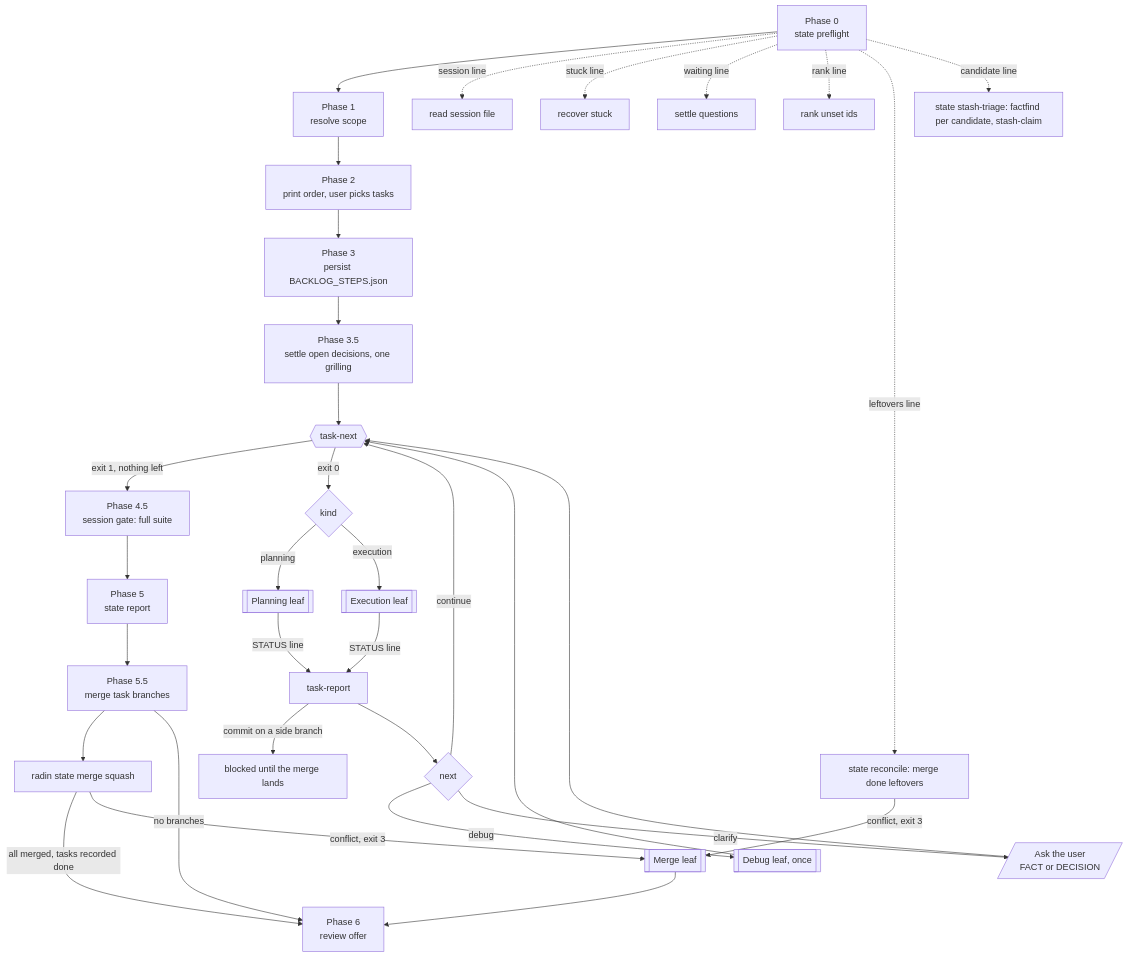
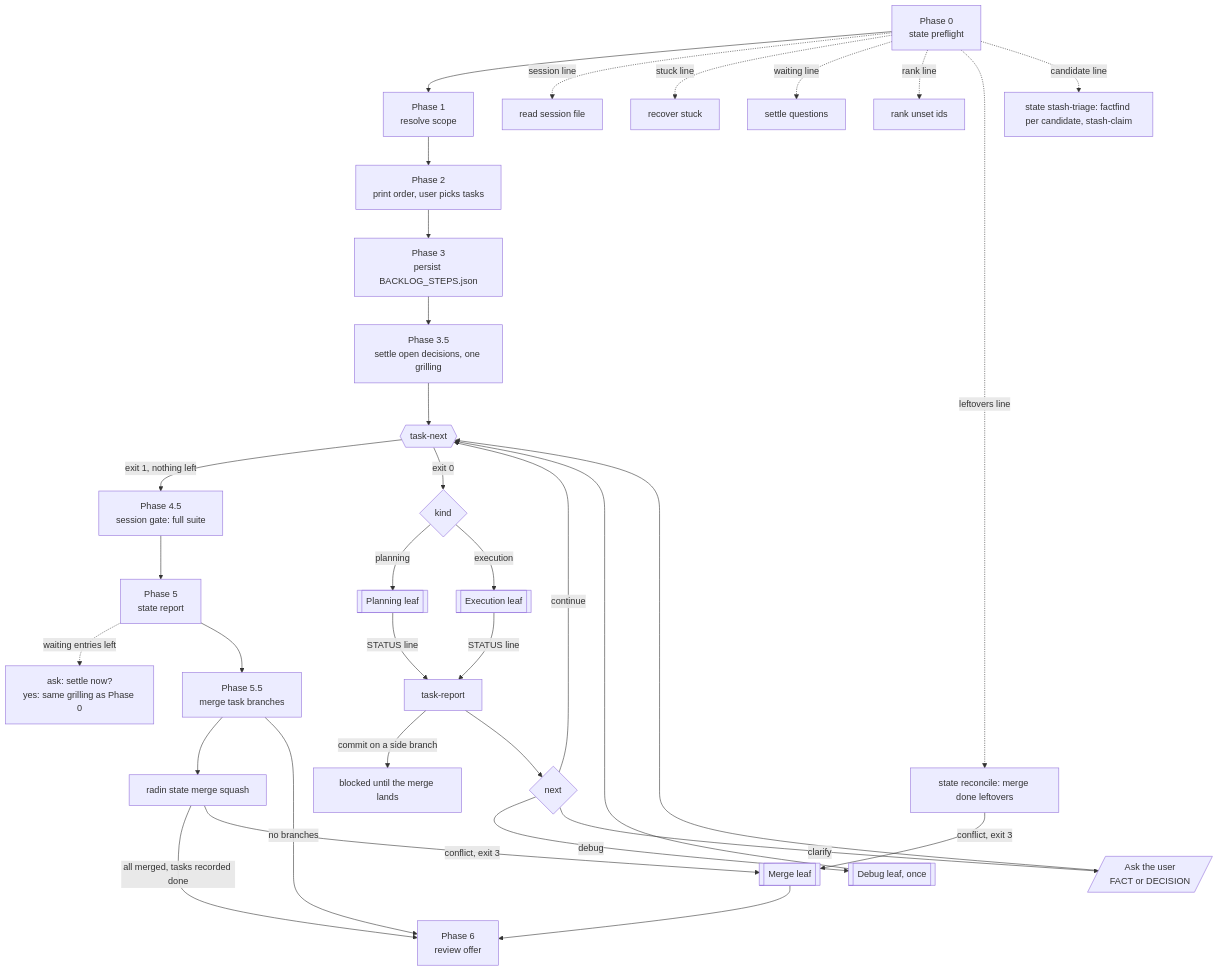
The diagram in docs/lifecycle/router-loop.mmd (shortcuts/radin), drawn with Mermaid before and after one commit. The commit also changed 4 other files, not shown here.

First line of the commit message:
feat(run): offer to settle waiting decisions at the end of a run

```diff
--- a/docs/lifecycle/router-loop.mmd
+++ b/docs/lifecycle/router-loop.mmd
@@ -1,33 +1,34 @@
 flowchart TD
   p0[Phase 0<br/>state preflight] --> p1[Phase 1<br/>resolve scope]
   p0 -. session line .-> note1[read session file]
   p0 -. stuck line .-> note2[recover stuck]
   p0 -. waiting line .-> note3[settle questions]
   p0 -. rank line .-> note4[rank unset ids]
   p0 -. leftovers line .-> note5[state reconcile: merge done leftovers]
   note5 -- conflict, exit 3 --> leafM
   p0 -. candidate line .-> note6[state stash-triage: factfind per candidate, stash-claim]
   p1 --> p2[Phase 2<br/>print order, user picks tasks]
   p2 --> p3[Phase 3<br/>persist BACKLOG_STEPS.json]
   p3 --> p35[Phase 3.5<br/>settle open decisions, one grilling]
   p35 --> next{{task-next}}
   next -- exit 1, nothing left --> p45[Phase 4.5<br/>session gate: full suite]
   next -- exit 0 --> kind{kind}
   kind -- planning --> leafP[[Planning leaf]]
   kind -- execution --> leafE[[Execution leaf]]
   leafE -- STATUS line --> report[task-report]
   leafP -- STATUS line --> report
   report -- commit on a side branch --> blocked[blocked until the merge lands]
   report --> route{next}
   route -- continue --> next
   route -- debug --> debug[[Debug leaf, once]]
   debug --> next
   route -- clarify --> user[/Ask the user<br/>FACT or DECISION/]
   user --> next
   p45 --> p5[Phase 5<br/>state report]
+  p5 -. waiting entries left .-> ask5[ask: settle now?<br/>yes: same grilling as Phase 0]
   p5 --> p55[Phase 5.5<br/>merge task branches]
   p55 --> mergeCli[radin state merge squash]
   mergeCli -- all merged, tasks recorded done --> p6
   mergeCli -- conflict, exit 3 --> leafM[[Merge leaf]]
   p55 -- no branches --> p6
   leafM --> p6[Phase 6<br/>review offer]
```
